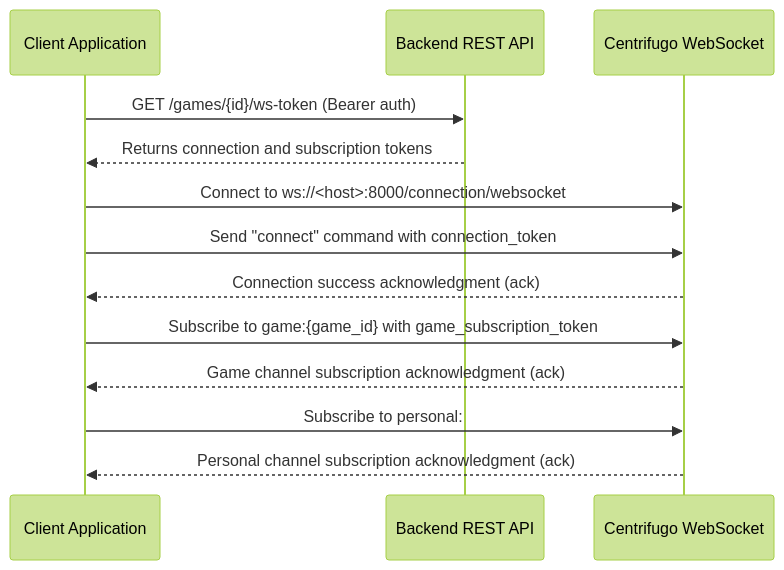
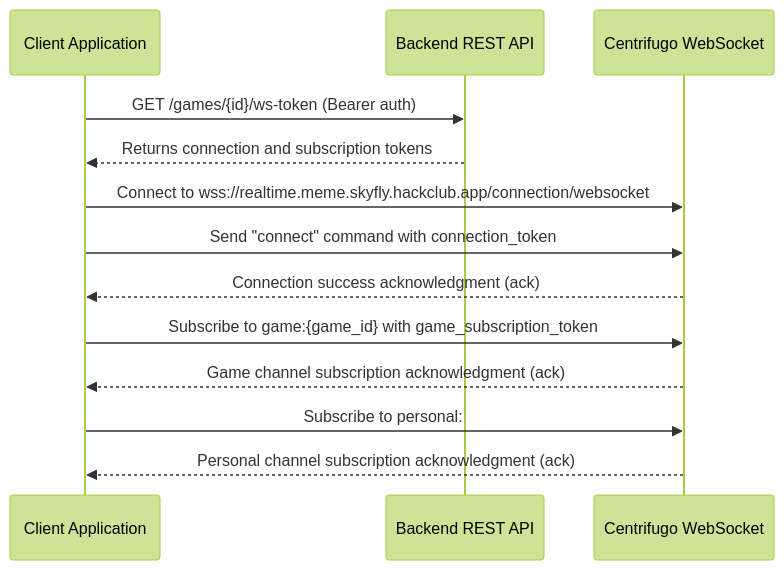
One commit to TerraSoftwareTeam/meme_battle_backend changed the diagram in docs/websockets_docs_en.md. Above: the diagram before and after it, drawn with Mermaid (forest theme). The commit also changed other lines of this file and 1 other file, not shown here.

````diff
--- a/docs/websockets_docs_en.md
+++ b/docs/websockets_docs_en.md
@@ -11,19 +11,19 @@
 ```mermaid
 sequenceDiagram
     participant Client as Client Application
     participant API as Backend REST API
     participant WS as Centrifugo WebSocket
     
     Client->>API: GET /games/{id}/ws-token (Bearer auth)
     API-->>Client: Returns connection and subscription tokens
     
-    Client->>WS: Connect to ws://<host>:8000/connection/websocket
+    Client->>WS: Connect to wss://realtime.meme.skyfly.hackclub.app/connection/websocket
     Client->>WS: Send "connect" command with connection_token
     WS-->>Client: Connection success acknowledgment (ack)
     
     Client->>WS: Subscribe to game:{game_id} with game_subscription_token
     WS-->>Client: Game channel subscription acknowledgment (ack)
     
     Client->>WS: Subscribe to personal:#{user_id} with personal_subscription_token
     WS-->>Client: Personal channel subscription acknowledgment (ack)
 ```
````
